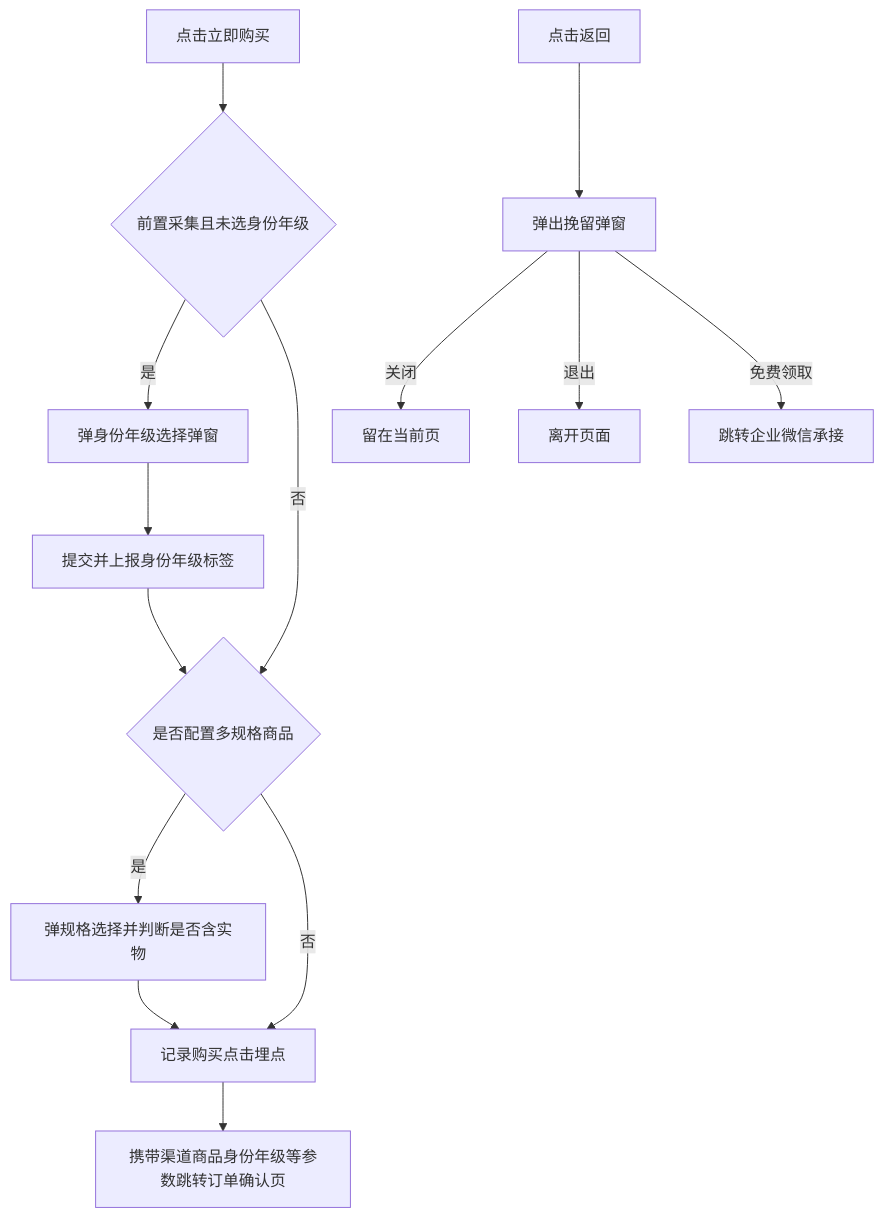
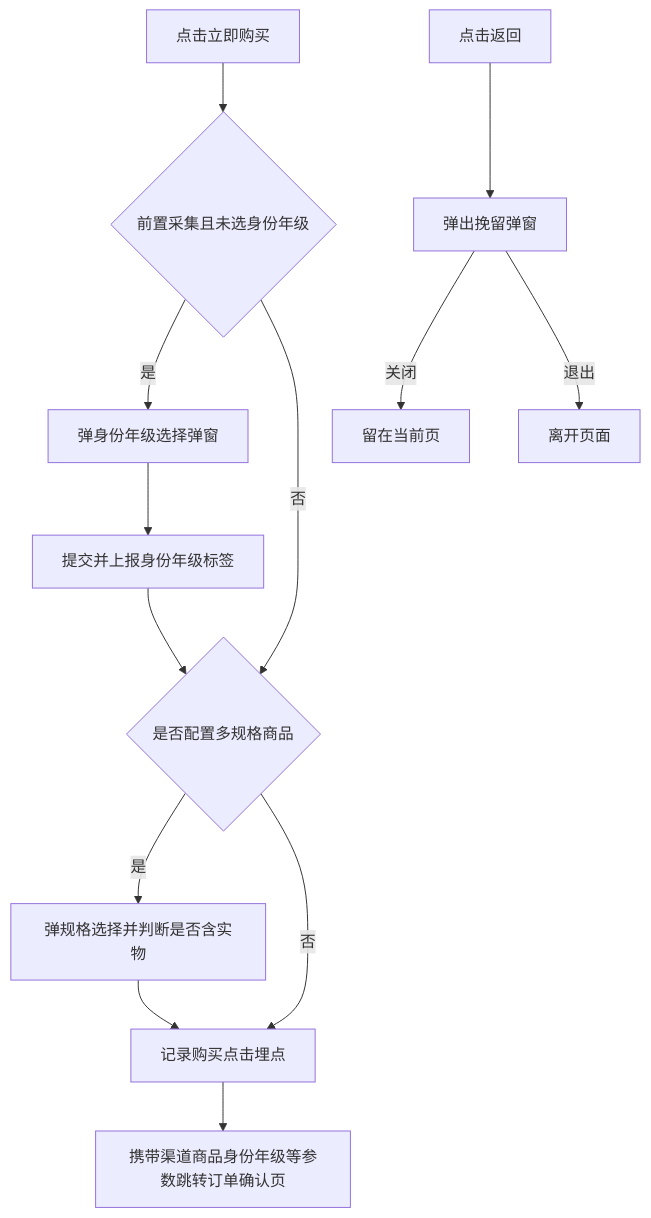
One commit to Yping-98/prototypes changed the second of 9 diagrams in tyy-weapp-order/PRD-体验营投放链路小程序承接.md. Above: the diagram before and after it, drawn with Mermaid. The commit also changed other lines of this file and 1 other file, not shown here.

````diff
--- a/tyy-weapp-order/PRD-体验营投放链路小程序承接.md
+++ b/tyy-weapp-order/PRD-体验营投放链路小程序承接.md
@@ -82,16 +83,15 @@
 ```mermaid
 flowchart TD
     A[点击立即购买] --> B{前置采集且未选身份年级}
     B -->|是| C[弹身份年级选择弹窗]
     C --> D[提交并上报身份年级标签]
     B -->|否| E{是否配置多规格商品}
     D --> E
     E -->|是| F[弹规格选择并判断是否含实物]
     E -->|否| G[记录购买点击埋点]
     F --> G
     G --> H[携带渠道商品身份年级等参数跳转订单确认页]
     I[点击返回] --> J[弹出挽留弹窗]
     J -->|关闭| K[留在当前页]
     J -->|退出| L[离开页面]
-    J -->|免费领取| M[跳转企业微信承接]
 ```
````
